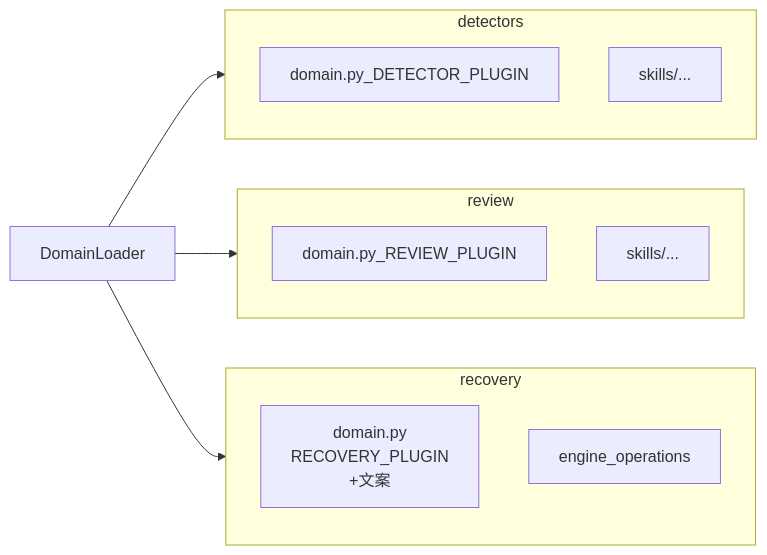
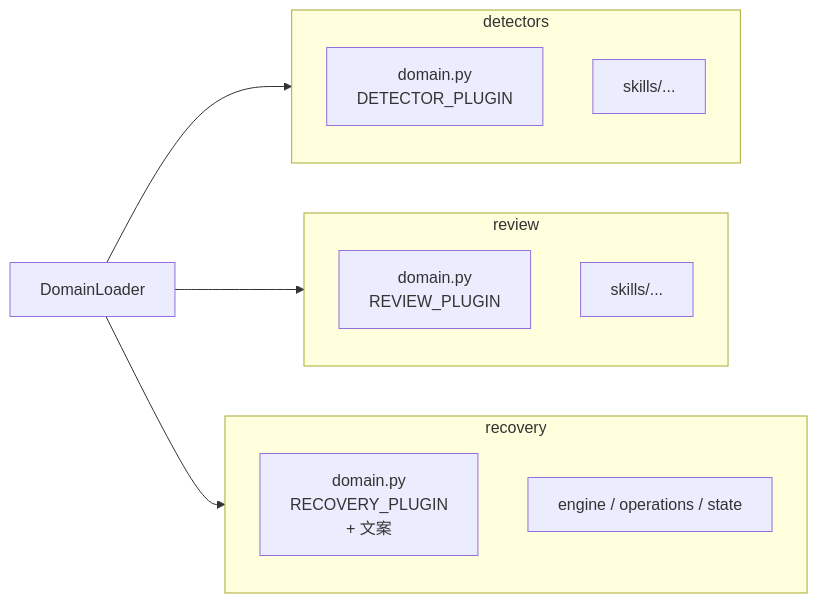
The diagram in docs/agent-ras/designs/features/fault-domain-plugins.md (openeuler-mirror/agent-insight), drawn with Mermaid before and after one commit. The commit also changed other lines of this file and 18 other files, not shown here.

First line of the commit message:
docs(ras): 重写 fault-domain-plugins 方案并整理各文档配图位置

````diff
--- a/docs/agent-ras/designs/features/fault-domain-plugins.md
+++ b/docs/agent-ras/designs/features/fault-domain-plugins.md
@@ -21,18 +35,18 @@
 ```mermaid
 flowchart LR
   subgraph det [detectors]
-    Dm[domain.py_DETECTOR_PLUGIN]
+    Dm[domain.py<br/>DETECTOR_PLUGIN]
     Ds[skills/...]
   end
   subgraph rev [review]
-    Rm[domain.py_REVIEW_PLUGIN]
+    Rm[domain.py<br/>REVIEW_PLUGIN]
     Rs[skills/...]
   end
   subgraph rec [recovery]
-    Cm["domain.py\nRECOVERY_PLUGIN\n+文案"]
-    Eng[engine_operations]
+    Cm["domain.py<br/>RECOVERY_PLUGIN<br/>+ 文案"]
+    Eng[engine / operations / state]
   end
   Loader[DomainLoader] --> det
   Loader --> rev
   Loader --> rec
 ```
````
